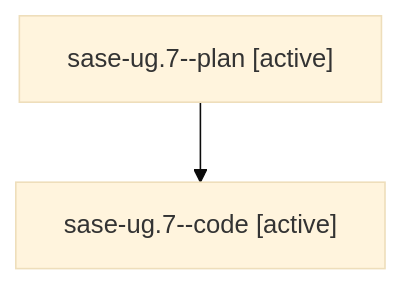
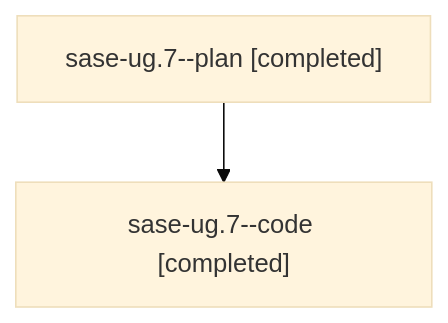
One commit to sase-org/sase--agents changed the diagram in families/bbugyi200.athena.sase-ug.7.md. Above: the diagram before and after it, drawn with Mermaid (base theme). The commit also changed other lines of this file and 108 other files, not shown here.

````diff
--- a/families/bbugyi200.athena.sase-ug.7.md
+++ b/families/bbugyi200.athena.sase-ug.7.md
@@ -9,6 +9,6 @@
 ```mermaid
 flowchart TD
-  n0["sase-ug.7--plan [active]"]
-  n1["sase-ug.7--code [active]"]
+  n0["sase-ug.7--plan [completed]"]
+  n1["sase-ug.7--code [completed]"]
   n0 --> n1
 ```
````
